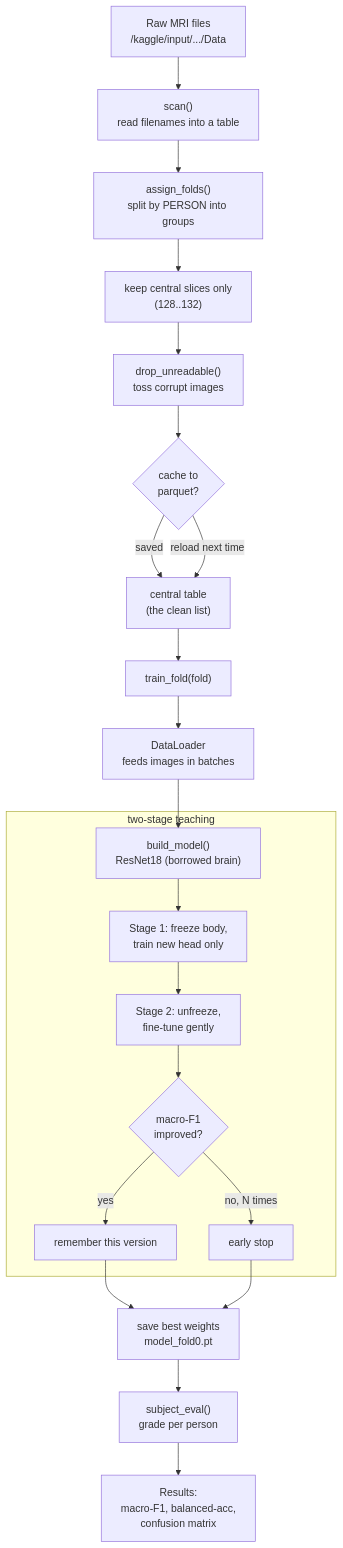
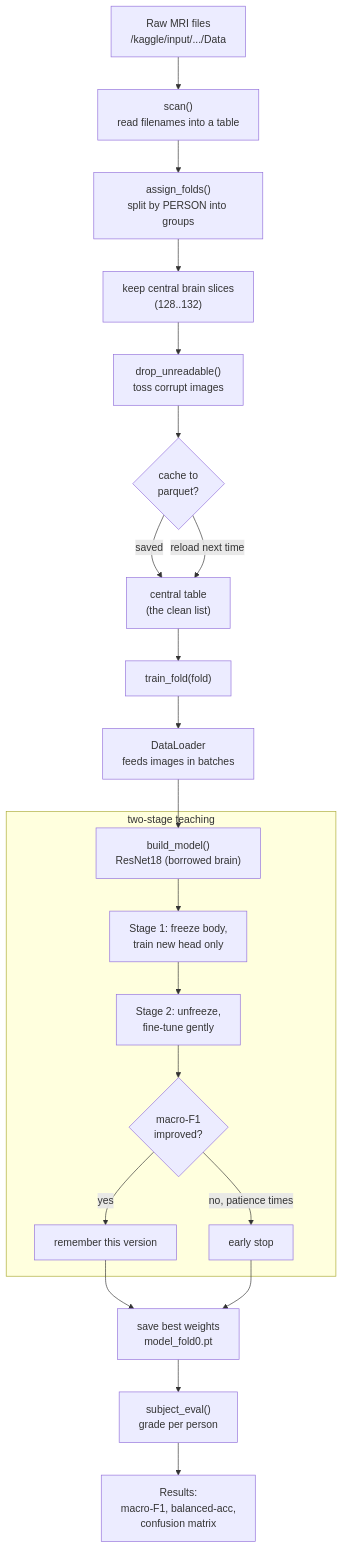
The first of 2 diagrams in alzheimer-ensemble/notebooks/train_kaggle_implementation.md (topoti/Alzheimer-s-Disease), drawn with Mermaid before and after one commit. The commit also changed other lines of this file, not shown here.

````diff
--- a/alzheimer-ensemble/notebooks/train_kaggle_implementation.md
+++ b/alzheimer-ensemble/notebooks/train_kaggle_implementation.md
@@ -63,27 +177,27 @@
 ```mermaid
 flowchart TD
     A["Raw MRI files<br/>/kaggle/input/.../Data"] --> B["scan()<br/>read filenames into a table"]
     B --> C["assign_folds()<br/>split by PERSON into groups"]
-    C --> D["keep central slices only<br/>(128..132)"]
+    C --> D["keep central brain slices<br/>(128..132)"]
     D --> E["drop_unreadable()<br/>toss corrupt images"]
     E --> F{"cache to<br/>parquet?"}
     F -->|"saved"| G["central table<br/>(the clean list)"]
     F -->|"reload next time"| G
 
     G --> H["train_fold(fold)"]
     H --> I["DataLoader<br/>feeds images in batches"]
     I --> J["build_model()<br/>ResNet18 (borrowed brain)"]
 
     subgraph TRAIN["two-stage teaching"]
         J --> K["Stage 1: freeze body,<br/>train new head only"]
         K --> L["Stage 2: unfreeze,<br/>fine-tune gently"]
         L --> M{"macro-F1<br/>improved?"}
         M -->|"yes"| N["remember this version"]
-        M -->|"no, N times"| O["early stop"]
+        M -->|"no, patience times"| O["early stop"]
     end
 
     N --> P["save best weights<br/>model_fold0.pt"]
     O --> P
     P --> Q["subject_eval()<br/>grade per person"]
     Q --> R["Results:<br/>macro-F1, balanced-acc,<br/>confusion matrix"]
 ```
````
